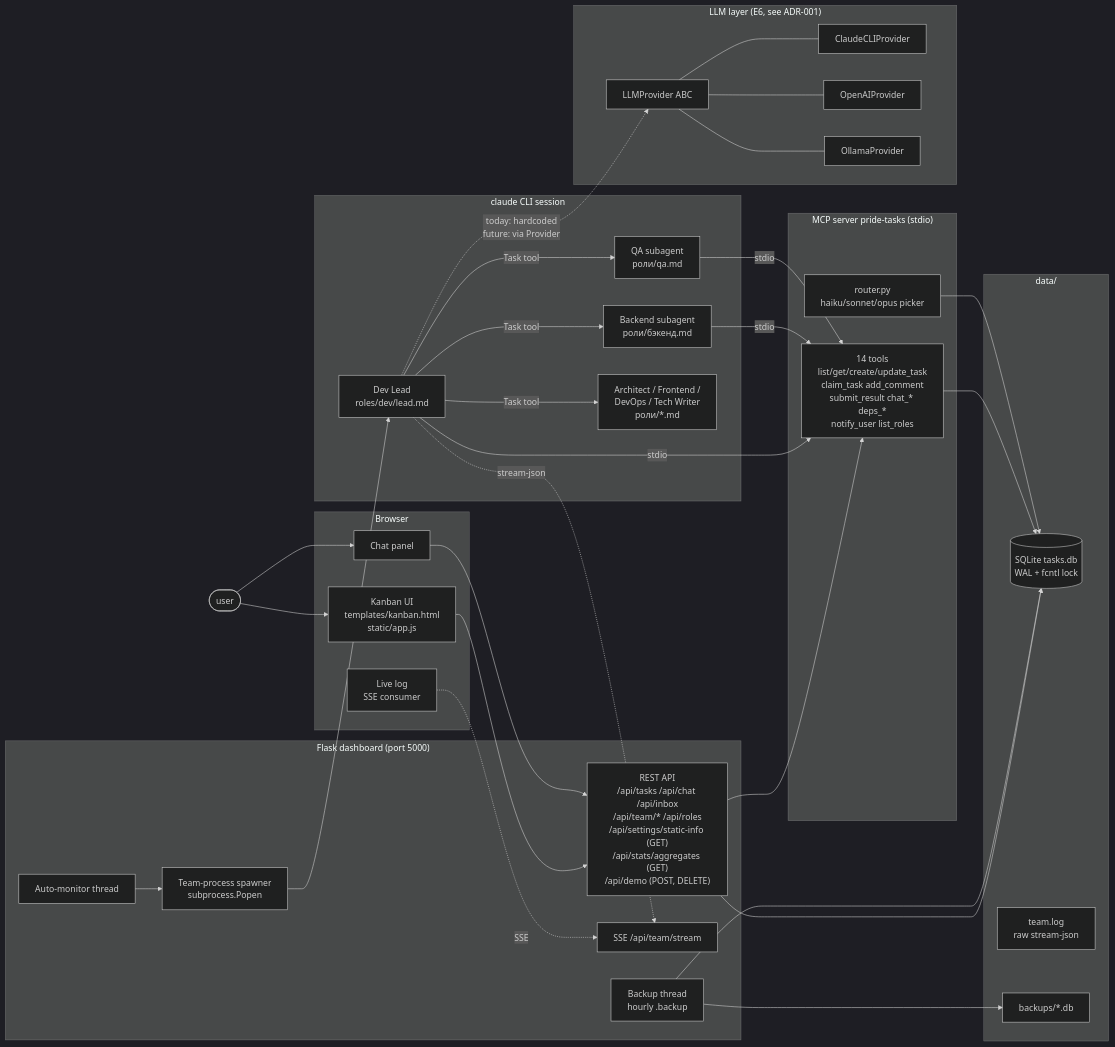
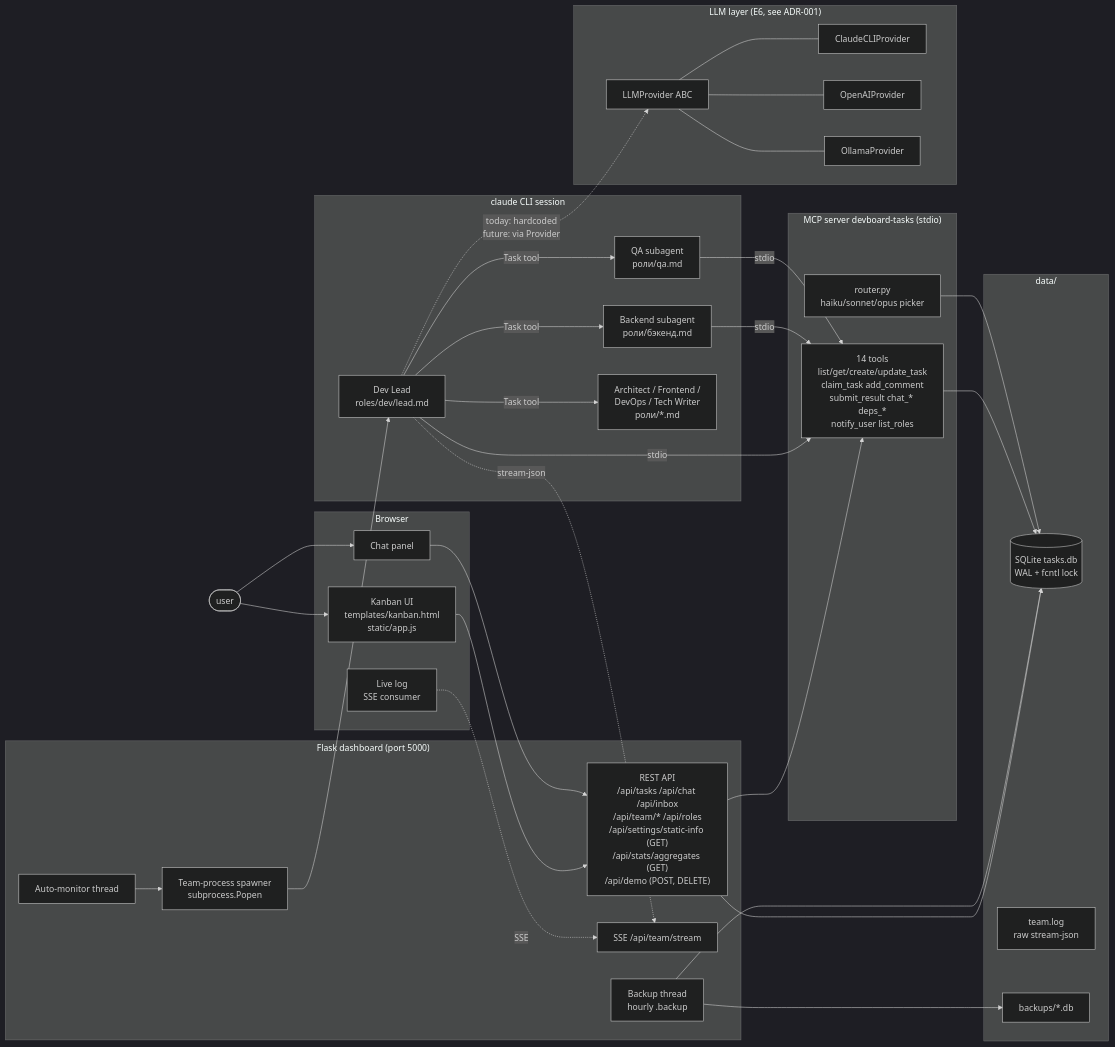
The first of 5 diagrams in ARCHITECTURE.md (rdm9x/devboard), drawn with Mermaid (dark theme) before and after one commit. The commit also changed other lines of this file and 27 other files, not shown here.

First line of the commit message:
refactor: rename MCP server pride-tasks to devboard-tasks

````diff
--- a/ARCHITECTURE.md
+++ b/ARCHITECTURE.md
@@ -51,68 +51,68 @@
 ```mermaid
 graph LR
     User([user])
 
     subgraph Browser
         Kanban[Kanban UI<br/>templates/kanban.html<br/>static/app.js]
         Chat[Chat panel]
         LiveLog[Live log<br/>SSE consumer]
     end
 
     subgraph Flask["Flask dashboard (port 5000)"]
         REST["REST API<br/>/api/tasks /api/chat /api/inbox<br/>/api/team/* /api/roles<br/>/api/settings/static-info (GET)<br/>/api/stats/aggregates (GET)<br/>/api/demo (POST, DELETE)"]
         SSE["SSE /api/team/stream"]
         Spawner[Team-process spawner<br/>subprocess.Popen]
         AutoMon[Auto-monitor thread]
         Backup[Backup thread<br/>hourly .backup]
     end
 
     subgraph Storage["data/"]
         DB[(SQLite tasks.db<br/>WAL + fcntl lock)]
         Log[team.log<br/>raw stream-json]
         Backups[backups/*.db]
     end
 
     subgraph Agents["claude CLI session"]
         Lead[Dev Lead<br/>roles/dev/lead.md]
         SubBE[Backend subagent<br/>роли/бэкенд.md]
         SubQA[QA subagent<br/>роли/qa.md]
         SubOpt[Architect / Frontend /<br/>DevOps / Tech Writer<br/>роли/*.md]
     end
 
-    subgraph MCP["MCP server pride-tasks (stdio)"]
+    subgraph MCP["MCP server devboard-tasks (stdio)"]
         Tools[14 tools<br/>list/get/create/update_task<br/>claim_task add_comment<br/>submit_result chat_* deps_*<br/>notify_user list_roles]
         Router[router.py<br/>haiku/sonnet/opus picker]
     end
 
     subgraph LLM["LLM layer (E6, see ADR-001)"]
         Provider[LLMProvider ABC]
         Claude[ClaudeCLIProvider]
         OpenAI[OpenAIProvider]
         Ollama[OllamaProvider]
     end
 
     User --> Kanban
     User --> Chat
     Kanban --> REST
     Chat --> REST
     LiveLog -.SSE.-> SSE
     REST --> Tools
     REST --> DB
     Spawner --> Lead
     AutoMon --> Spawner
     Backup --> Backups
     Backup --> DB
     Lead -- "Task tool" --> SubBE
     Lead -- "Task tool" --> SubQA
     Lead -- "Task tool" --> SubOpt
     Lead -- "stdio" --> Tools
     SubBE -- "stdio" --> Tools
     SubQA -- "stdio" --> Tools
     Tools --> DB
     Router --> DB
     Lead -.stream-json.-> SSE
     Provider --- Claude
     Provider --- OpenAI
     Provider --- Ollama
     Lead -. "today: hardcoded<br/>future: via Provider" .-> Provider
 ```
````
